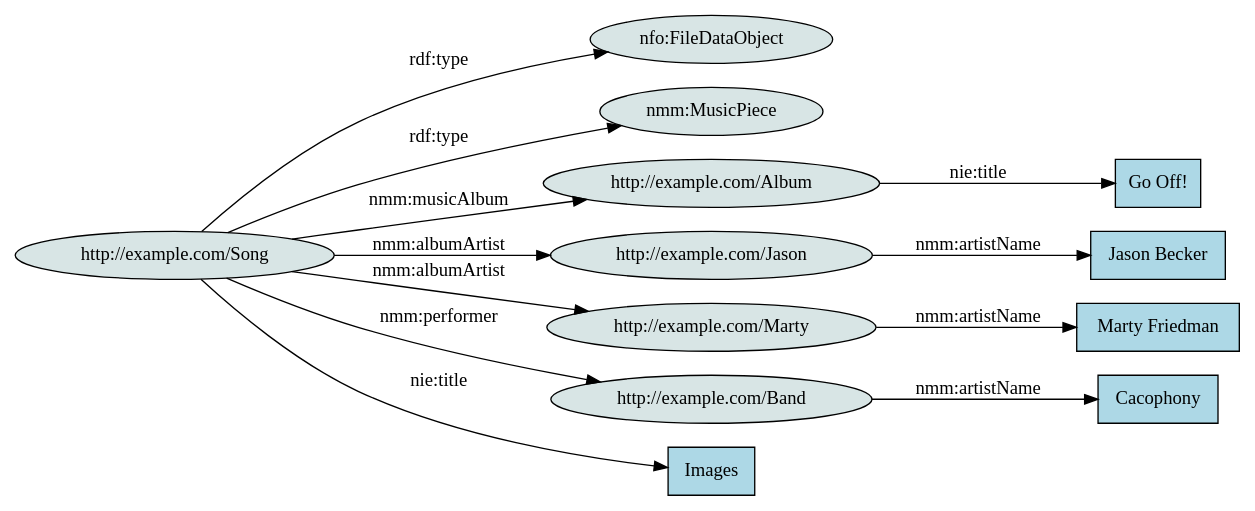
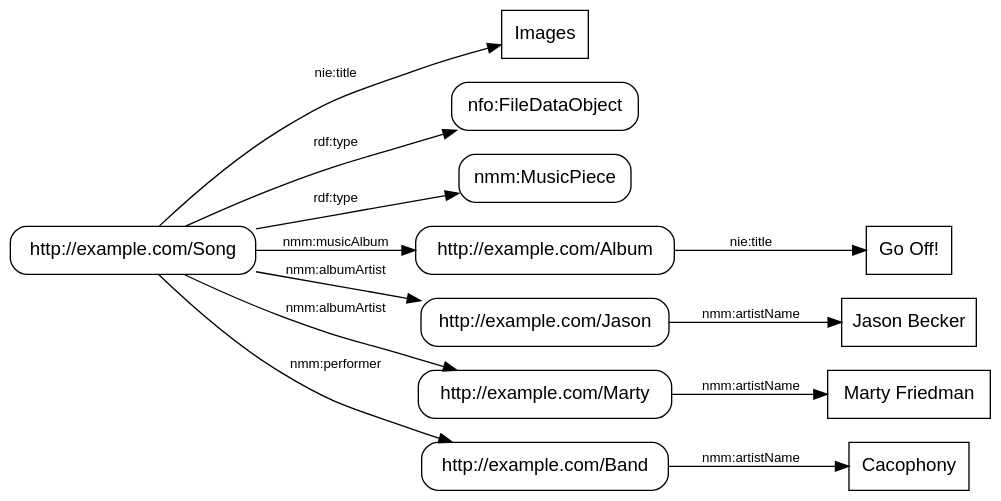
One commit to GNOME/tinysparql changed the diagram in docs/reference/libtracker-sparql/images/triple-graph-2.dot. Above: the diagram before and after it, drawn with Graphviz. The commit also changed 10 other files, not shown here.

```diff
--- a/docs/reference/libtracker-sparql/images/triple-graph-2.dot
+++ b/docs/reference/libtracker-sparql/images/triple-graph-2.dot
@@ -1,20 +1,20 @@
 digraph G {
   rankdir=LR;
-  graph [bgcolor="#00000000"];
-  node [fontname="Cantarell", style="filled", shape="ellipse", color="#000000", fillcolor="#d8e5e5"]; "http://example.com/Song", "nfo:FileDataObject", "nmm:MusicPiece", "http://example.com/Album", "http://example.com/Jason", "http://example.com/Marty", "http://example.com/Band";
-  node [shape="rectangle", color="#000000", fillcolor="#add8e6"]; Images, "Go Off!", "Marty Friedman", "Jason Becker", "Cacophony";
-  edge [fontname="Cantarell"];
+  bgcolor=transparent;
+  node [shape="box", border=0, fontname="sans-serif"]; Images, "Go Off!", "Marty Friedman", "Jason Becker", "Cacophony";
+  node [shape="box", style="rounded", border=0, fontname="sans-serif"];  "http://example.com/Song", "nfo:FileDataObject", "nmm:MusicPiece", "http://example.com/Album", "http://example.com/Jason", "http://example.com/Marty", "http://example.com/Band";
+  edge [fontname="sans-serif", fontsize=10];
 
   "http://example.com/Song" -> "nfo:FileDataObject" [label="rdf:type"];
   "http://example.com/Song" -> "nmm:MusicPiece" [label="rdf:type"];
   "http://example.com/Song" -> "Images" [label="nie:title"];
   "http://example.com/Song" -> "http://example.com/Album" [label="nmm:musicAlbum"];
   "http://example.com/Song" -> "http://example.com/Jason" [label="nmm:albumArtist"];
   "http://example.com/Song" -> "http://example.com/Marty" [label="nmm:albumArtist"];
   "http://example.com/Song" -> "http://example.com/Band" [label="nmm:performer"];
 
   "http://example.com/Album" -> "Go Off!" [label="nie:title"];
   "http://example.com/Jason" -> "Jason Becker" [label="nmm:artistName"];
   "http://example.com/Marty" -> "Marty Friedman" [label="nmm:artistName"];
   "http://example.com/Band" -> "Cacophony" [label="nmm:artistName"];
 }
```
